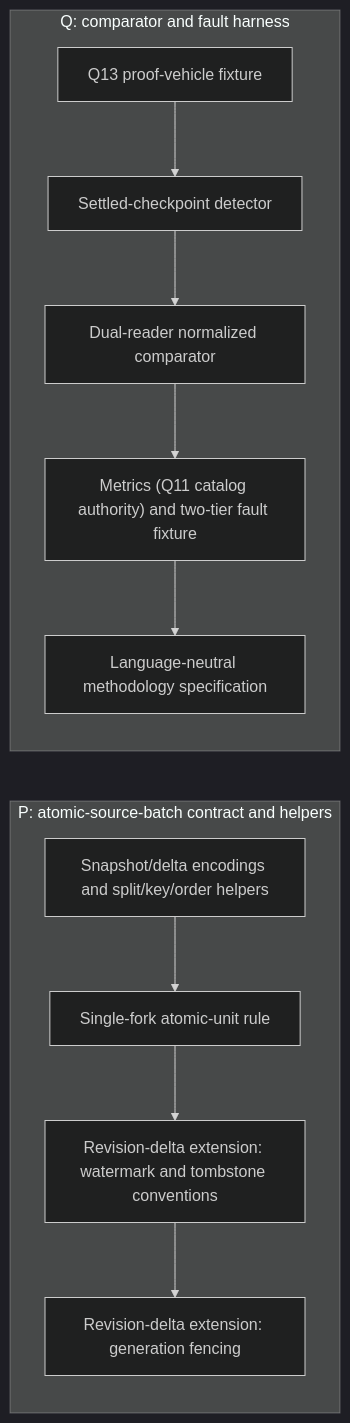
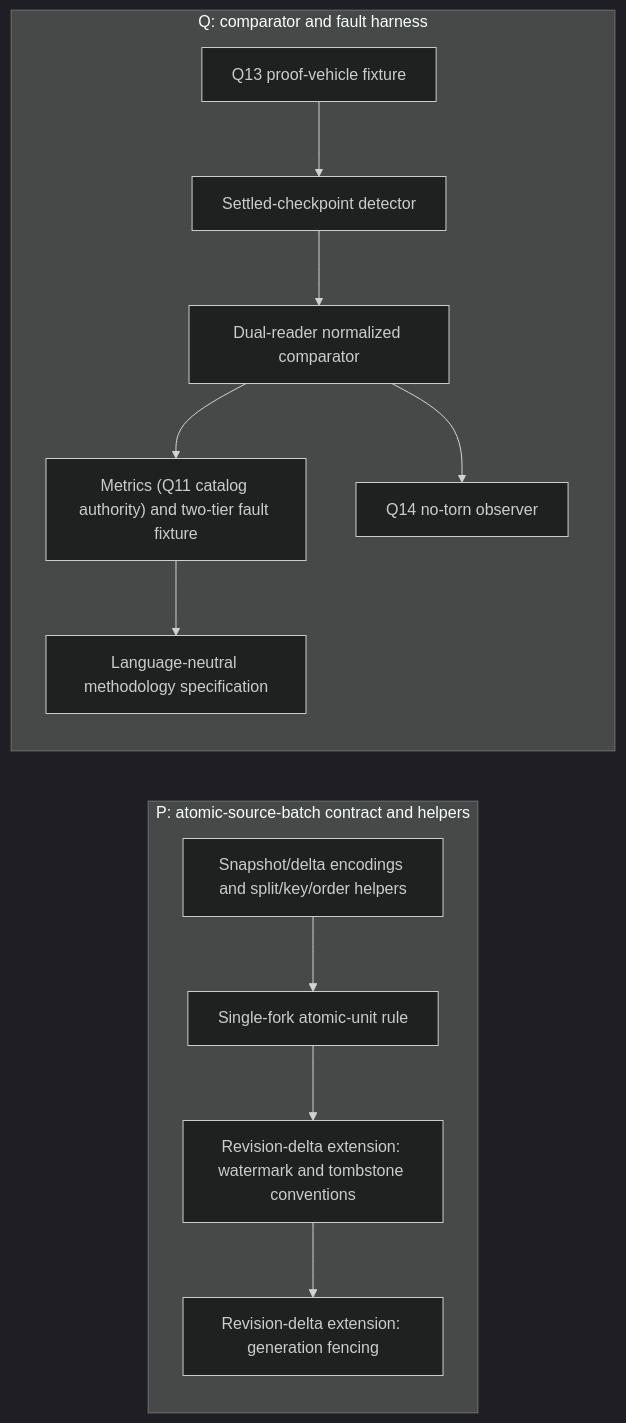
Before and after one commit to billf/convex-backend: the first of 2 diagrams in docs/plans/detailed-prerequisites.md, drawn with Mermaid (dark theme). The commit also changed other lines of this file and 14 other files, not shown here.

````diff
--- a/docs/plans/detailed-prerequisites.md
+++ b/docs/plans/detailed-prerequisites.md
@@ -6,20 +6,22 @@
 ```mermaid
 flowchart LR
   subgraph P["P: atomic-source-batch contract and helpers"]
     p1["Snapshot/delta encodings and split/key/order helpers"]
     p2["Single-fork atomic-unit rule"]
     p3["Revision-delta extension: watermark and tombstone conventions"]
     p4["Revision-delta extension: generation fencing"]
   end
 
   subgraph Q["Q: comparator and fault harness"]
     q1["Settled-checkpoint detector"]
     q2["Dual-reader normalized comparator"]
     q3["Metrics (Q11 catalog authority) and two-tier fault fixture"]
     q4["Language-neutral methodology specification"]
     q13["Q13 proof-vehicle fixture"]
+    q14["Q14 no-torn observer"]
   end
 
   p1 --> p2 --> p3 --> p4
   q13 --> q1 --> q2 --> q3 --> q4
+  q2 --> q14
 ```
````
